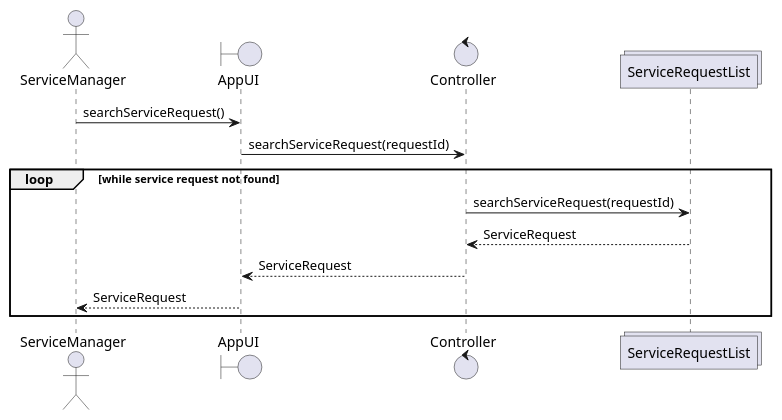
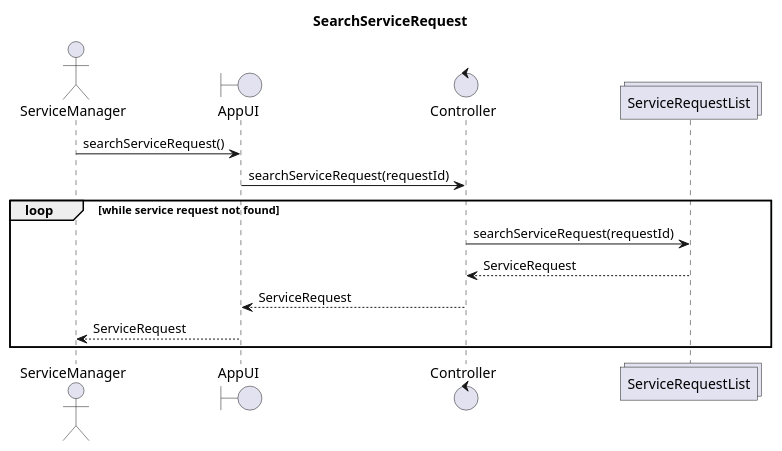
The diagram in UML/SequenceDiagram/SearchServiceRequest.puml (WLun001/service-request-app), drawn with PlantUML before and after one commit. The commit also changed 4 other files, not shown here.

Commit message:
added title for each diagram

```diff
--- a/UML/SequenceDiagram/SearchServiceRequest.puml
+++ b/UML/SequenceDiagram/SearchServiceRequest.puml
@@ -1,16 +1,17 @@
 @startuml
+title SearchServiceRequest
 Actor ServiceManager
 Boundary AppUI
 Control Controller
 Collections ServiceRequestList
 
 ServiceManager -> AppUI : searchServiceRequest()
 AppUI -> Controller :  searchServiceRequest(requestId)
 loop while service request not found
 Controller -> ServiceRequestList : searchServiceRequest(requestId)
 ServiceRequestList --> Controller : ServiceRequest
 Controller --> AppUI : ServiceRequest
 AppUI --> ServiceManager : ServiceRequest
 end
 
 @enduml
```
